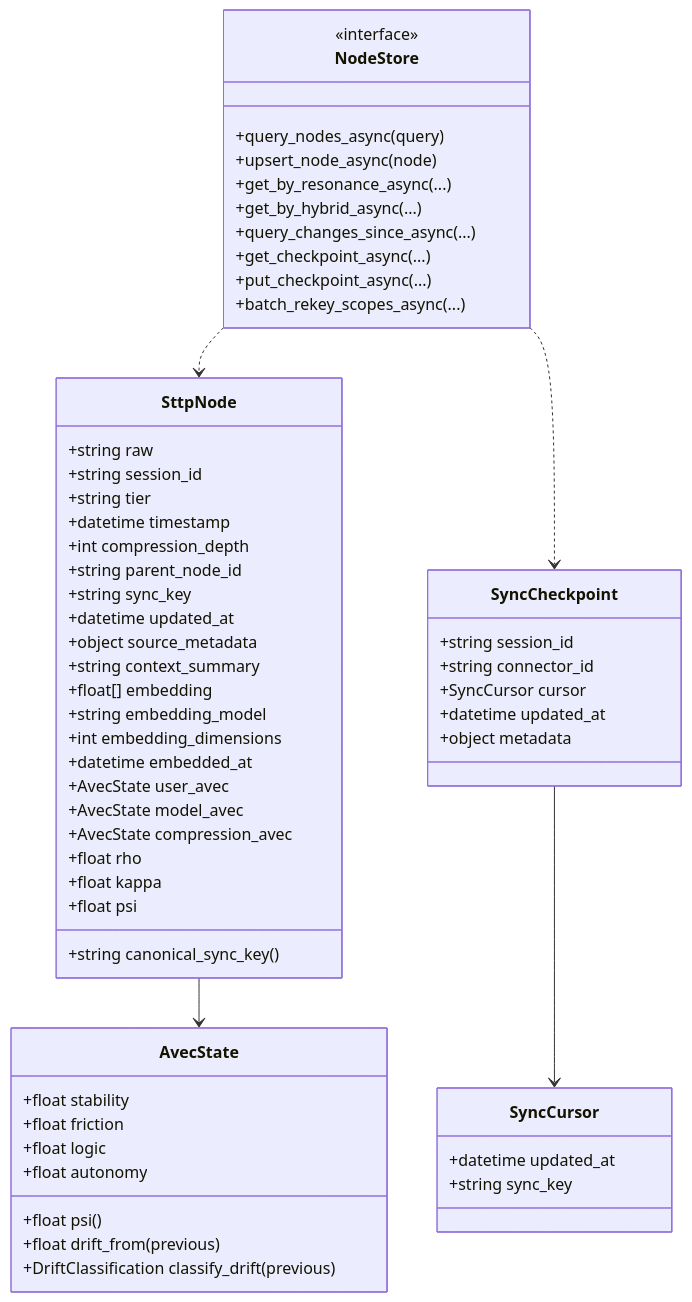
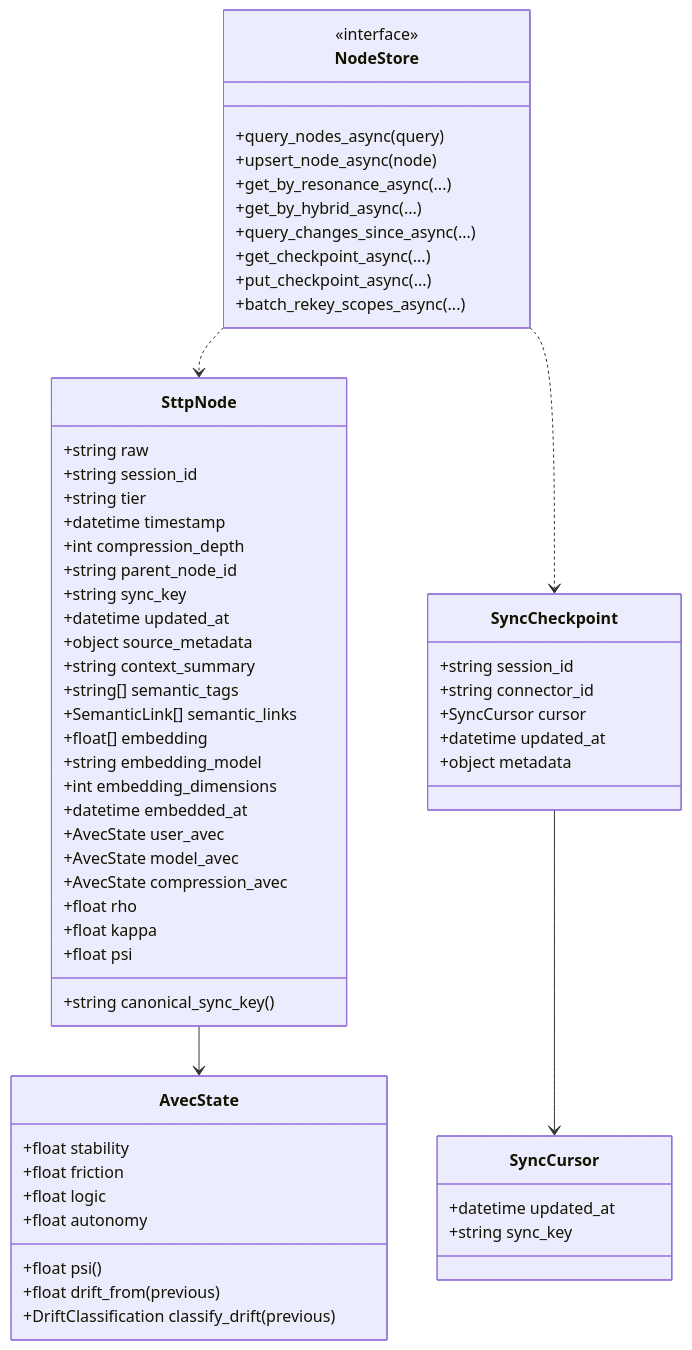
One commit to EntasisLabs/locus changed the second of 3 diagrams in docs/book/src/core-database-schema.md. Above: the diagram before and after it, drawn with Mermaid. The commit also changed other lines of this file and 37 other files, not shown here.

Commit message:
updates STTP specs and locus to include semantic tags

````diff
--- a/docs/book/src/core-database-schema.md
+++ b/docs/book/src/core-database-schema.md
@@ -83,66 +73,68 @@
 ```mermaid
 classDiagram
     class AvecState {
       +float stability
       +float friction
       +float logic
       +float autonomy
       +float psi()
       +float drift_from(previous)
       +DriftClassification classify_drift(previous)
     }
 
     class SttpNode {
       +string raw
       +string session_id
       +string tier
       +datetime timestamp
       +int compression_depth
       +string parent_node_id
       +string sync_key
       +datetime updated_at
       +object source_metadata
       +string context_summary
+      +string[] semantic_tags
+      +SemanticLink[] semantic_links
       +float[] embedding
       +string embedding_model
       +int embedding_dimensions
       +datetime embedded_at
       +AvecState user_avec
       +AvecState model_avec
       +AvecState compression_avec
       +float rho
       +float kappa
       +float psi
       +string canonical_sync_key()
     }
 
     class SyncCursor {
       +datetime updated_at
       +string sync_key
     }
 
     class SyncCheckpoint {
       +string session_id
       +string connector_id
       +SyncCursor cursor
       +datetime updated_at
       +object metadata
     }
 
     class NodeStore {
       <<interface>>
       +query_nodes_async(query)
       +upsert_node_async(node)
       +get_by_resonance_async(...)
       +get_by_hybrid_async(...)
       +query_changes_since_async(...)
       +get_checkpoint_async(...)
       +put_checkpoint_async(...)
       +batch_rekey_scopes_async(...)
     }
 
     SttpNode --> AvecState
     SyncCheckpoint --> SyncCursor
     NodeStore ..> SttpNode
     NodeStore ..> SyncCheckpoint
 ```
````
